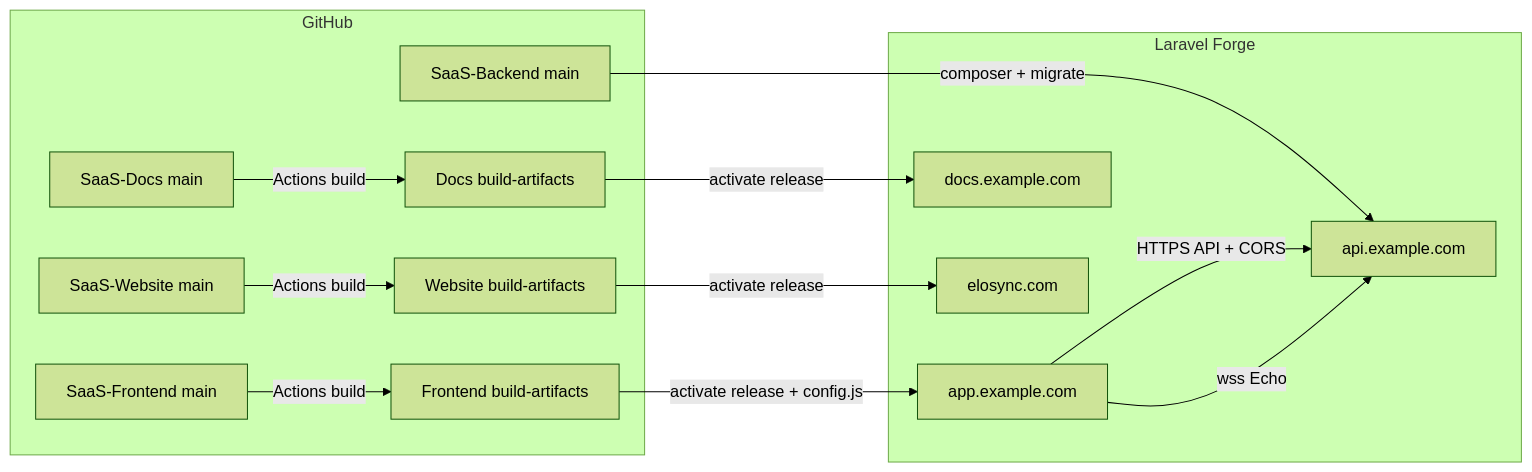
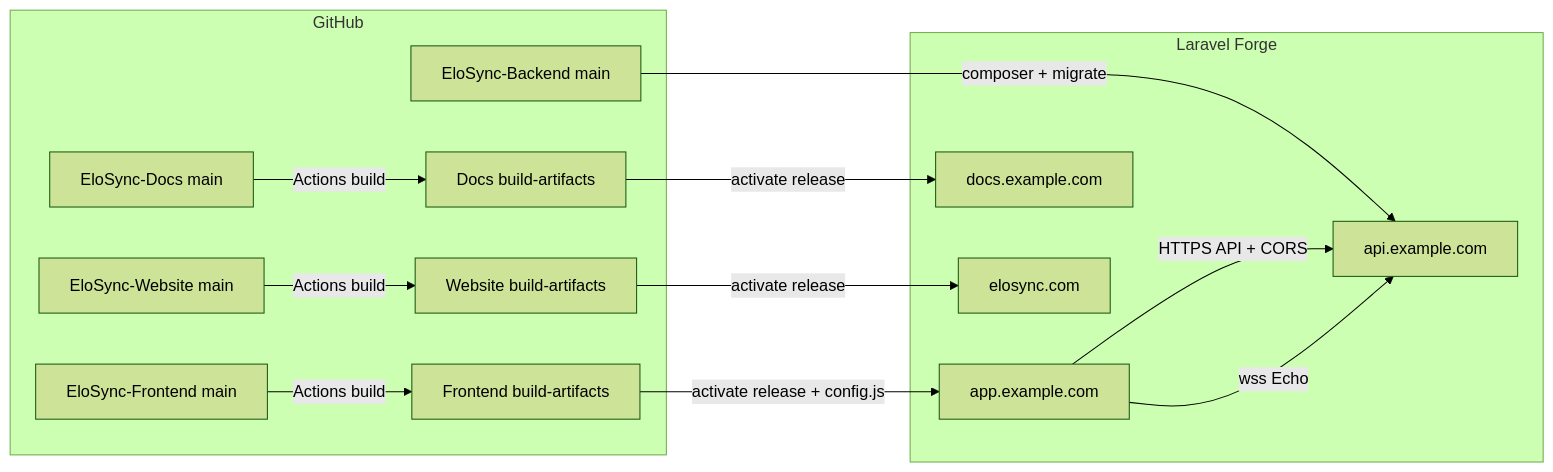
One commit to DiligentCreators/EloSync-Docs changed the diagram in docs/deployment/laravel-forge.md. Above: the diagram before and after it, drawn with Mermaid (forest theme). The commit also changed other lines of this file and 35 other files, not shown here.

First line of the commit message:
Update documentation links for EloSync repository rename.

````diff
--- a/docs/deployment/laravel-forge.md
+++ b/docs/deployment/laravel-forge.md
@@ -18,27 +18,27 @@
 ```mermaid
 flowchart LR
   subgraph github [GitHub]
-    Bmain[SaaS-Backend main]
-    Fmain[SaaS-Frontend main]
-    Dmain[SaaS-Docs main]
-    Wmain[SaaS-Website main]
+    Bmain[EloSync-Backend main]
+    Fmain[EloSync-Frontend main]
+    Dmain[EloSync-Docs main]
+    Wmain[EloSync-Website main]
     Fart[Frontend build-artifacts]
     Dart[Docs build-artifacts]
     Wart[Website build-artifacts]
   end
   subgraph forge [Laravel Forge]
     API[api.example.com]
     APP[app.example.com]
     DOCS[docs.example.com]
     WEB[elosync.com]
   end
   Bmain -->|composer + migrate| API
   Fmain -->|Actions build| Fart
   Dmain -->|Actions build| Dart
   Wmain -->|Actions build| Wart
   Fart -->|activate release + config.js| APP
   Dart -->|activate release| DOCS
   Wart -->|activate release| WEB
   APP -->|HTTPS API + CORS| API
   APP -->|wss Echo| API
 ```
````
